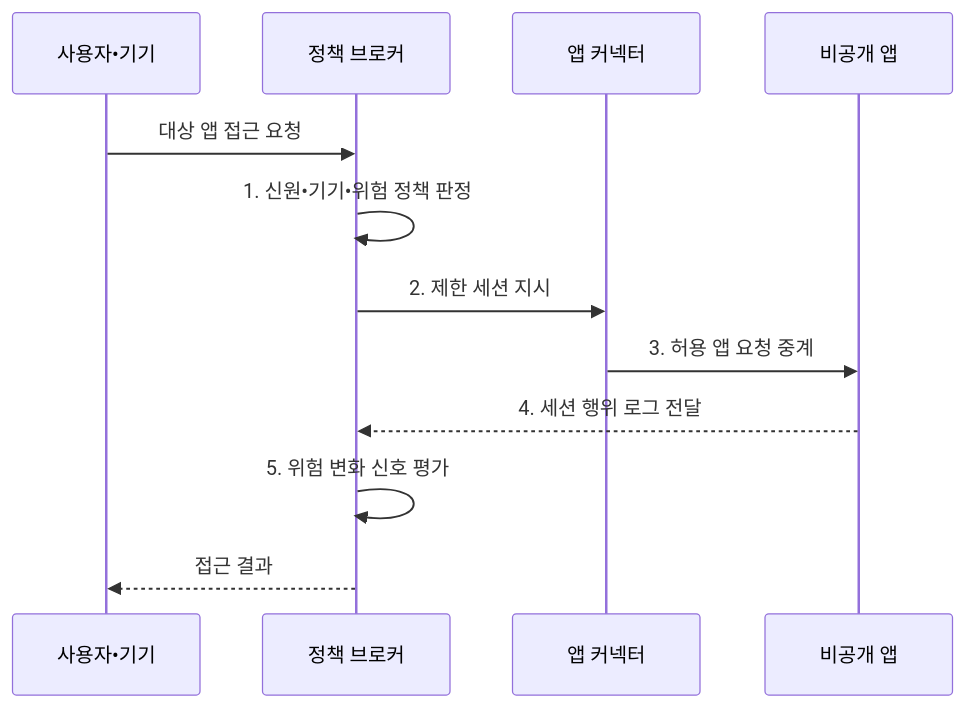
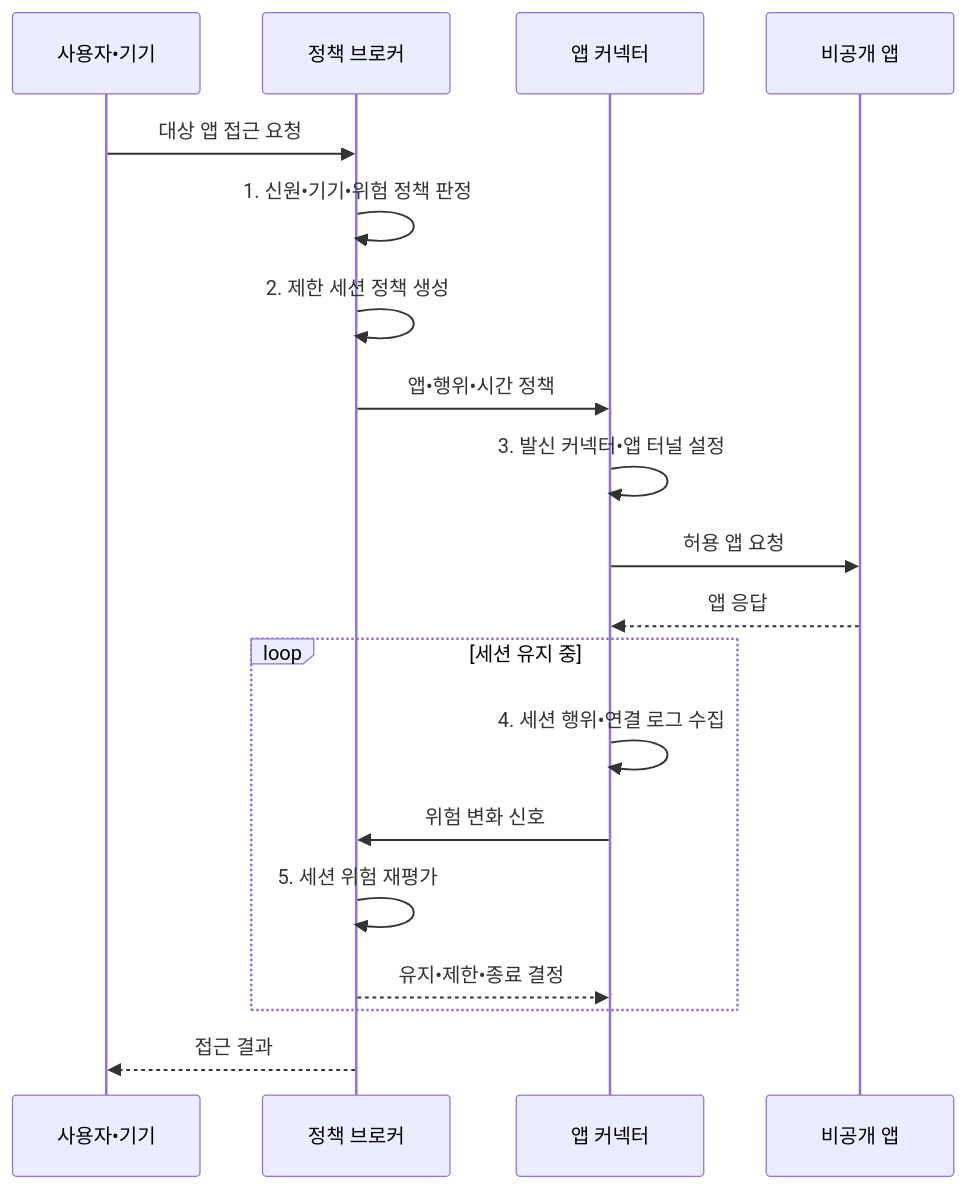
One commit to agnusdei1207/knowledge-base changed the second of 2 diagrams in src/content/docs/notes/05-security/064_ztna.md. Above: the diagram before and after it, drawn with Mermaid. The commit also changed other lines of this file and 20 other files, not shown here.

````diff
--- a/src/content/docs/notes/05-security/064_ztna.md
+++ b/src/content/docs/notes/05-security/064_ztna.md
@@ -100,14 +100,21 @@
 ```mermaid
 sequenceDiagram
     participant U as 사용자•기기
     participant B as 정책 브로커
     participant C as 앱 커넥터
     participant A as 비공개 앱
     U->>B: 대상 앱 접근 요청
     B->>B: 1. 신원•기기•위험 정책 판정
-    B->>C: 2. 제한 세션 지시
-    C->>A: 3. 허용 앱 요청 중계
-    A-->>B: 4. 세션 행위 로그 전달
-    B->>B: 5. 위험 변화 신호 평가
+    B->>B: 2. 제한 세션 정책 생성
+    B->>C: 앱•행위•시간 정책
+    C->>C: 3. 발신 커넥터•앱 터널 설정
+    C->>A: 허용 앱 요청
+    A-->>C: 앱 응답
+    loop 세션 유지 중
+        C->>C: 4. 세션 행위•연결 로그 수집
+        C->>B: 위험 변화 신호
+        B->>B: 5. 세션 위험 재평가
+        B-->>C: 유지•제한•종료 결정
+    end
     B-->>U: 접근 결과
 ```
````
